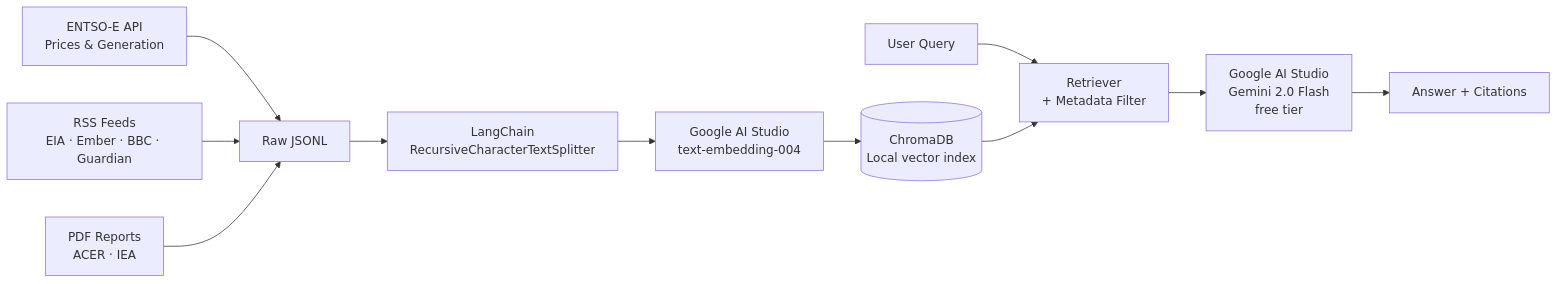
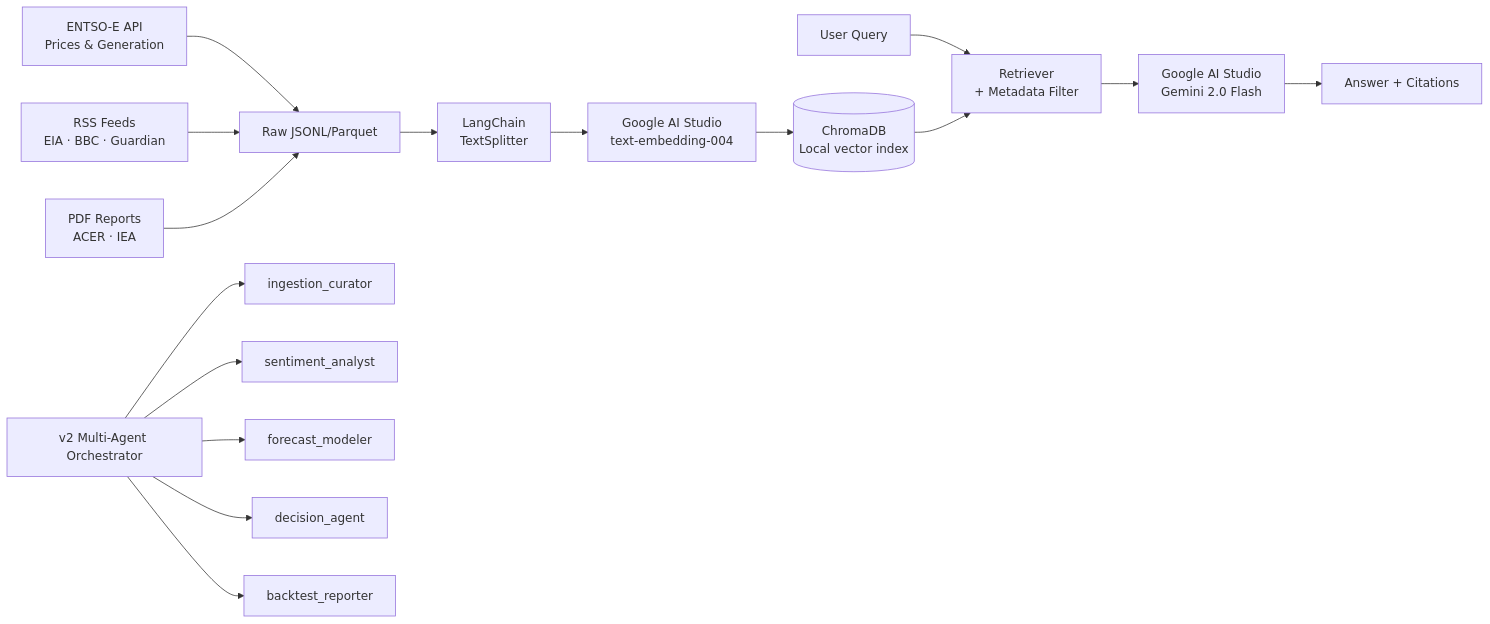
One commit to Nick-CLz/EuroPowerRAG changed the diagram in README.md. Above: the diagram before and after it, drawn with Mermaid. The commit also changed other lines of this file and 37 other files, not shown here.

First line of the commit message:
v2 complete: price data, corpus judge, decision agent, progress dashboard

````diff
--- a/README.md
+++ b/README.md
@@ -19,13 +19,19 @@
 ```mermaid
 graph LR
-    A[ENTSO-E API<br/>Prices & Generation] --> D[Raw JSONL]
-    B[RSS Feeds<br/>EIA · Ember · BBC · Guardian] --> D
+    A[ENTSO-E API<br/>Prices & Generation] --> D[Raw JSONL/Parquet]
+    B[RSS Feeds<br/>EIA · BBC · Guardian] --> D
     C[PDF Reports<br/>ACER · IEA] --> D
-    D --> E[LangChain<br/>RecursiveCharacterTextSplitter]
+    D --> E[LangChain<br/>TextSplitter]
     E --> F[Google AI Studio<br/>text-embedding-004]
     F --> G[(ChromaDB<br/>Local vector index)]
     H[User Query] --> I[Retriever<br/>+ Metadata Filter]
     G --> I
-    I --> J[Google AI Studio<br/>Gemini 2.0 Flash<br/>free tier]
+    I --> J[Google AI Studio<br/>Gemini 2.0 Flash]
     J --> K[Answer + Citations]
+    
+    L[v2 Multi-Agent Orchestrator] --> M[ingestion_curator]
+    L --> N[sentiment_analyst]
+    L --> O[forecast_modeler]
+    L --> P[decision_agent]
+    L --> Q[backtest_reporter]
 ```
````
